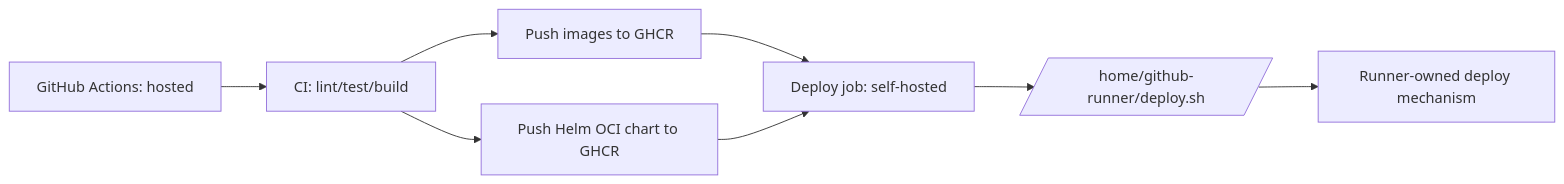
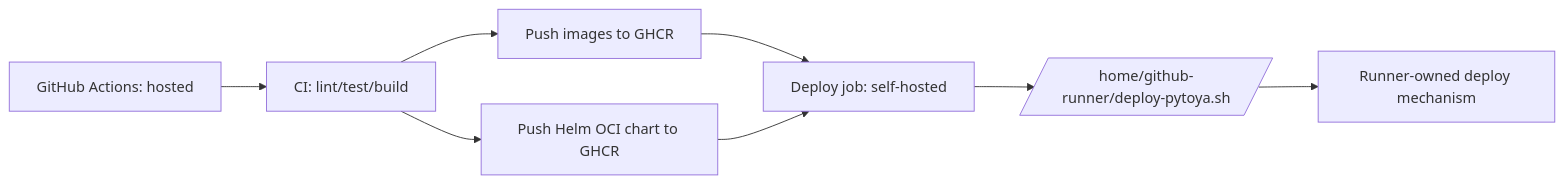
Before and after one commit to phona/pytoya: the diagram in docs/CICD.md, drawn with Mermaid. The commit also changed other lines of this file and 4 other files, not shown here.

Commit message:
refactor(deploy): deploy-pytoya.sh contract

````diff
--- a/docs/CICD.md
+++ b/docs/CICD.md
@@ -10,10 +10,10 @@
 ```mermaid
 flowchart LR
   A[GitHub Actions: hosted] --> B[CI: lint/test/build]
   B --> C[Push images to GHCR]
   B --> D[Push Helm OCI chart to GHCR]
   C --> E[Deploy job: self-hosted]
   D --> E
-  E --> F[/home/github-runner/deploy.sh/]
+  E --> F[/home/github-runner/deploy-pytoya.sh/]
   F --> G[Runner-owned deploy mechanism]
 ```
````
